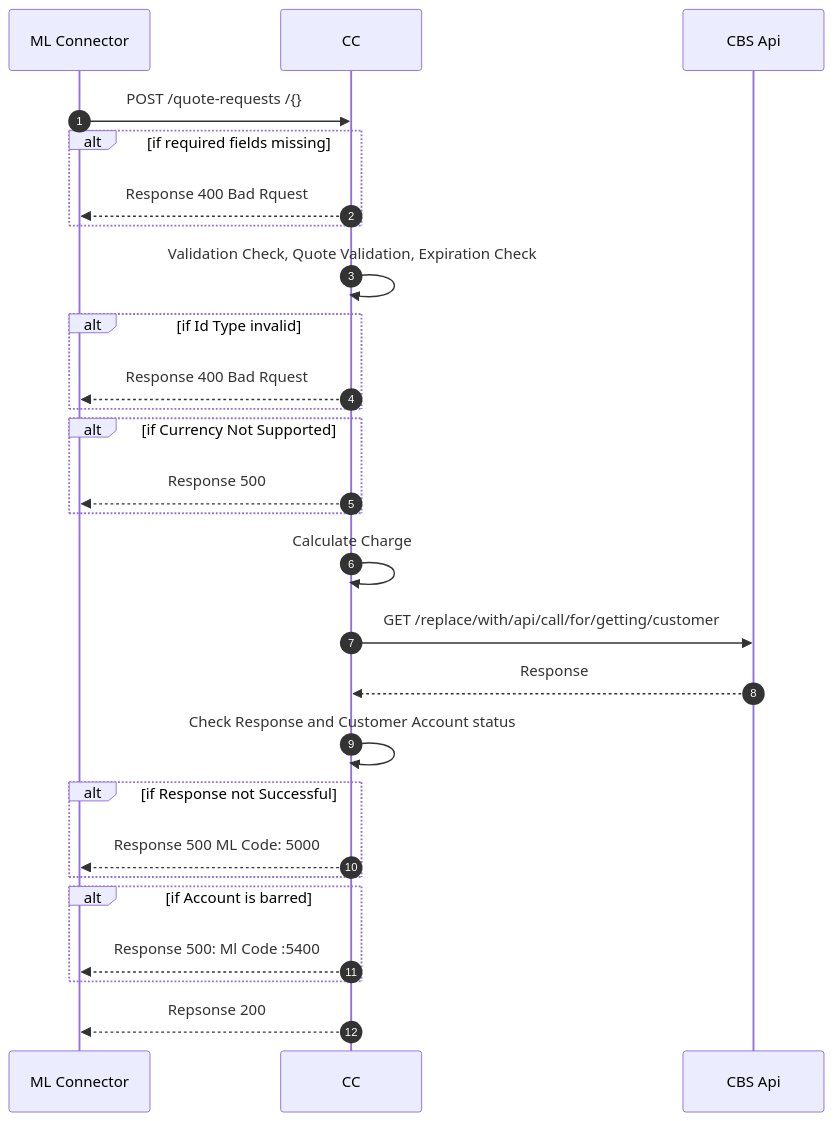
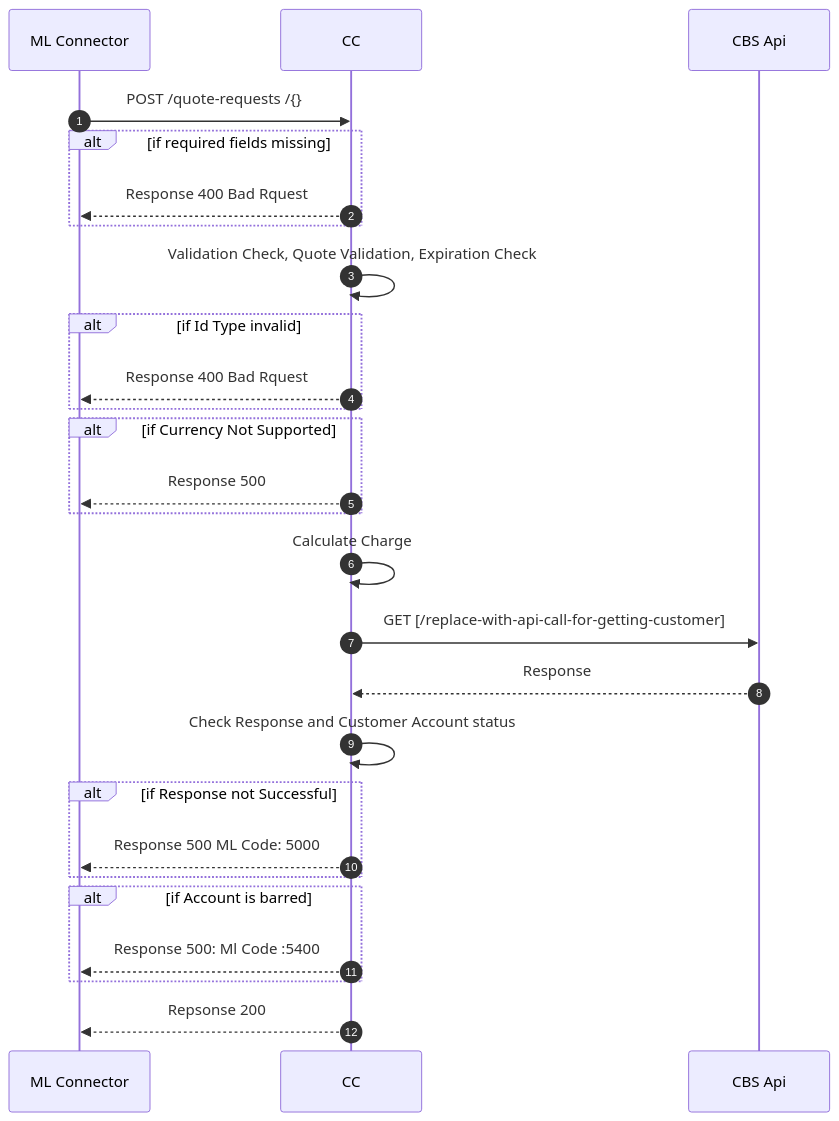
One commit to mojaloop/ml-reference-connectors changed the diagram in core-connector-template/docs/payee-quoterequests.md. Above: the diagram before and after it, drawn with Mermaid. The commit also changed 3 other files, not shown here.

````diff
--- a/core-connector-template/docs/payee-quoterequests.md
+++ b/core-connector-template/docs/payee-quoterequests.md
@@ -4,26 +4,26 @@
 ```mermaid
    sequenceDiagram
 autoNumber
 ML Connector ->> CC: POST /quote-requests /{}
 Alt if required fields missing
 CC-->>ML Connector: Response 400 Bad Rquest
 End
 CC->> CC:Validation Check, Quote Validation, Expiration Check
 Alt if Id Type invalid
 CC-->>ML Connector: Response 400 Bad Rquest
 End
 Alt if Currency Not Supported
 CC-->>ML Connector: Response 500
 End
 CC->>CC:Calculate Charge
-CC->> CBS Api:GET /replace/with/api/call/for/getting/customer 
+CC->> CBS Api:GET [/replace-with-api-call-for-getting-customer] 
 CBS Api -->> CC:Response
 CC->>CC: Check Response and Customer Account status 
 Alt if Response not Successful
 CC-->>ML Connector: Response 500 ML Code: 5000
 End
 Alt if Account is barred
 CC-->>ML Connector:Response 500: Ml Code :5400
 End
 CC-->>ML Connector: Repsonse 200
 ```
````
